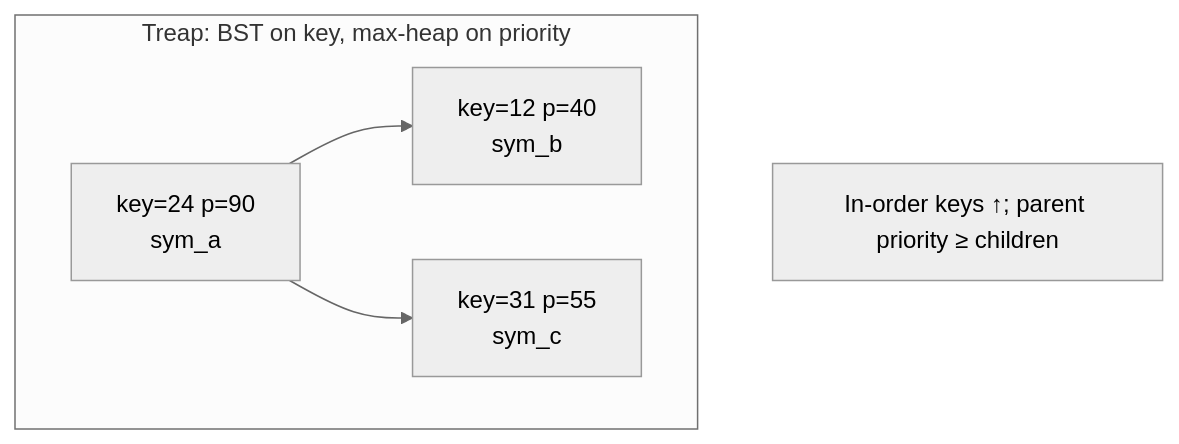
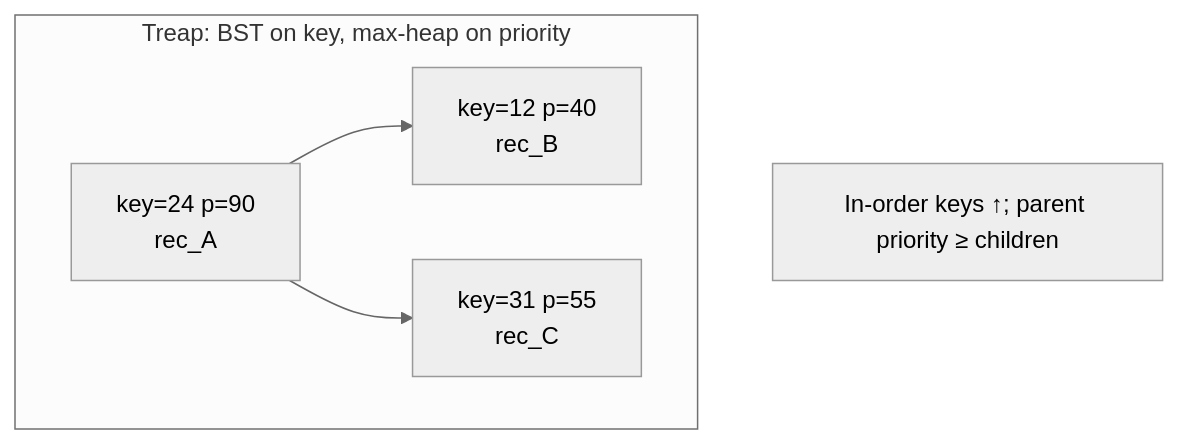
One commit to qgjones9/python-programming-guide changed the first of 6 diagrams in docs/dsa/data-structures/treaps/index.md. Above: the diagram before and after it, drawn with Mermaid (neutral theme). The commit also changed other lines of this file and 19 other files, not shown here.

````diff
--- a/docs/dsa/data-structures/treaps/index.md
+++ b/docs/dsa/data-structures/treaps/index.md
@@ -32,11 +32,11 @@
 ```mermaid
 flowchart TB
   subgraph treap["Treap: BST on key, max-heap on priority"]
-    R["key=24 p=90<br/>sym_a"]
-    L["key=12 p=40<br/>sym_b"]
-    RR["key=31 p=55<br/>sym_c"]
+    R["key=24 p=90<br/>rec_A"]
+    L["key=12 p=40<br/>rec_B"]
+    RR["key=31 p=55<br/>rec_C"]
     R --> L
     R --> RR
   end
   note["In-order keys ↑; parent priority ≥ children"]
 ```
````
